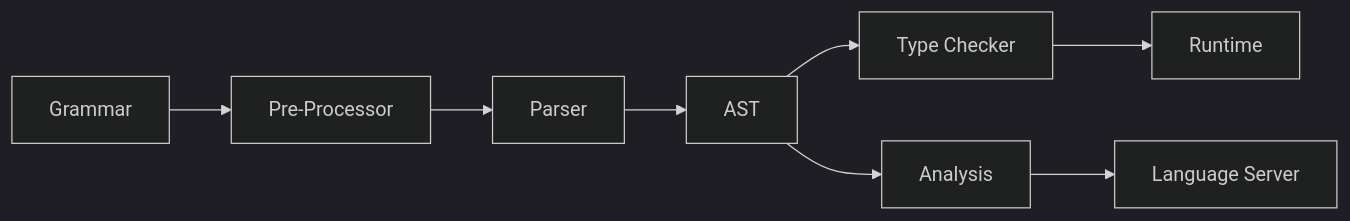
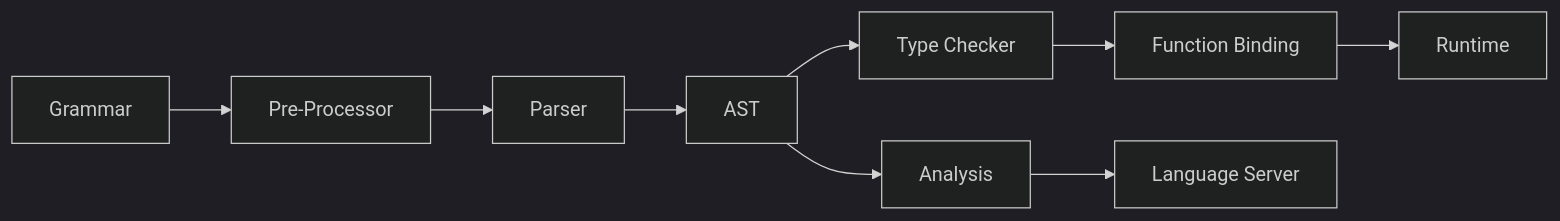
One commit to BHazel/topsy-turvy-lang changed the diagram in docs/topsy-turvy/docs/concepts/index.md. Above: the diagram before and after it, drawn with Mermaid (dark theme). The commit also changed other lines of this file and 6 other files, not shown here.

Commit message:
Update concept documentation for the function binding components.

````diff
--- a/docs/topsy-turvy/docs/concepts/index.md
+++ b/docs/topsy-turvy/docs/concepts/index.md
@@ -18,24 +19,26 @@
 ```mermaid
 flowchart LR
     G["Grammar"]
     PP["Pre-Processor"]
     P["Parser"]
     AST["AST"]
     TC["Type Checker"]
+    FB["Function Binding"]
     R["Runtime"]
     A["Analysis"]
     LS["Language Server"]
 
     G --> PP --> P --> AST
-    AST --> TC --> R
+    AST --> TC --> FB --> R
     AST --> A --> LS
 
     click G "./grammar"
     click PP "./pre-processor"
     click P "./parser"
     click AST "./ast"
     click TC "./type-checker"
+    click FB "./function-binding"
     click R "./runtime"
     click A "./analysis"
     click LS "./language-server"
 ```
````
